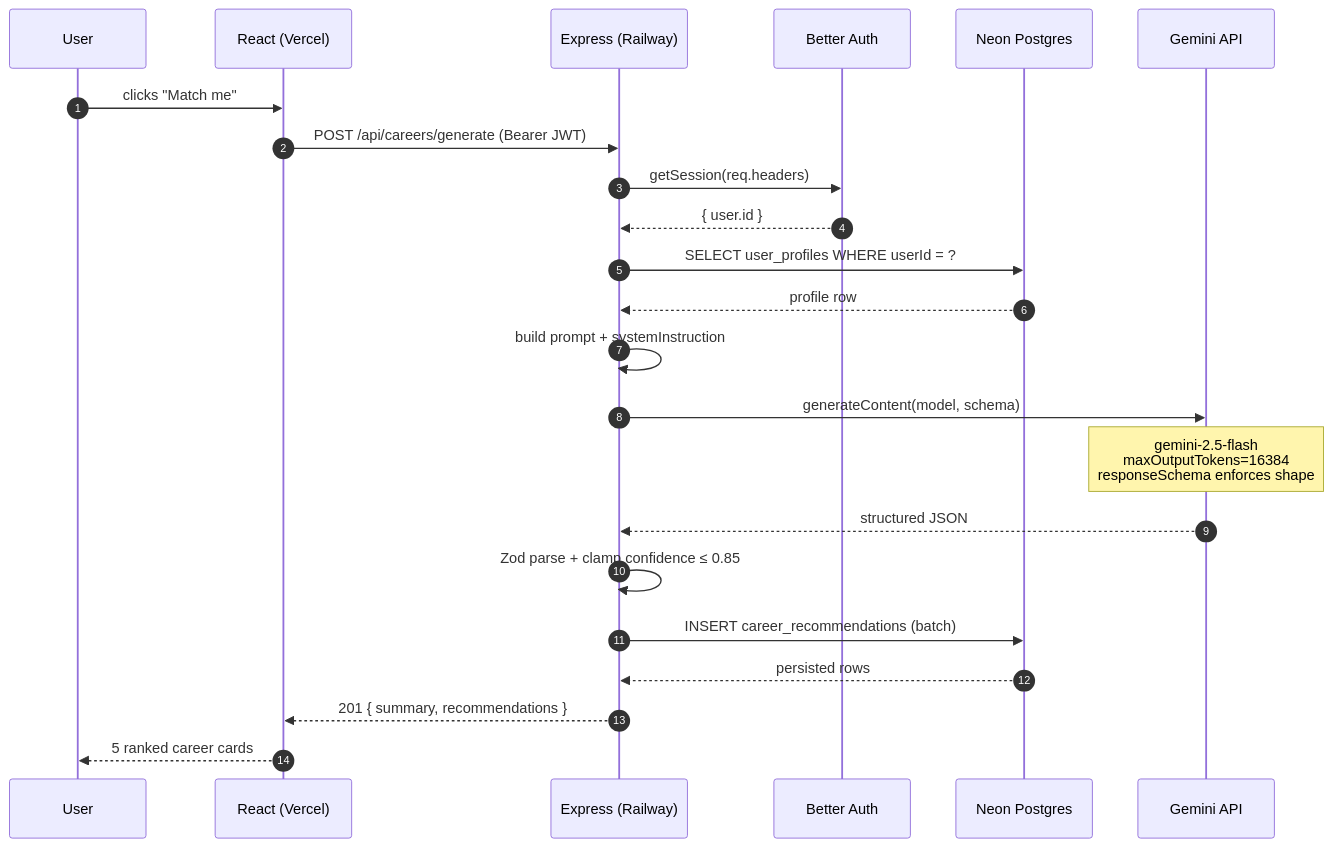
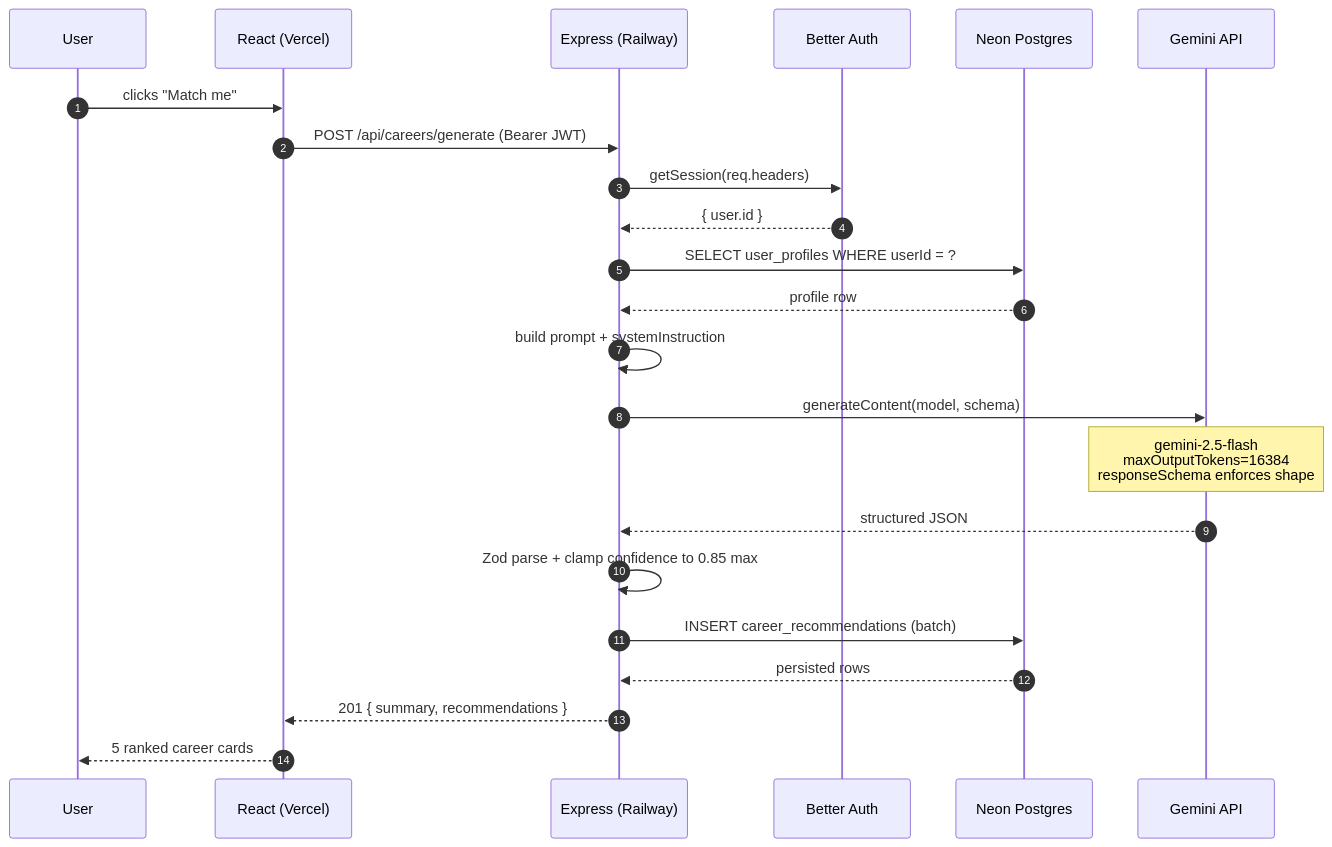
One commit to WomB0ComB0/ramhacks-26 changed the second of 4 diagrams in README.md. Above: the diagram before and after it, drawn with Mermaid. The commit also changed other lines of this file, not shown here.

First line of the commit message:
docs(readme): fix mermaid render errors

````diff
--- a/README.md
+++ b/README.md
@@ -78,26 +65,26 @@
 ```mermaid
 sequenceDiagram
     autonumber
     participant U as User
     participant FE as React (Vercel)
     participant BE as Express (Railway)
     participant AUTH as Better Auth
     participant DB as Neon Postgres
     participant G as Gemini API
 
     U->>FE: clicks "Match me"
     FE->>BE: POST /api/careers/generate (Bearer JWT)
     BE->>AUTH: getSession(req.headers)
     AUTH-->>BE: { user.id }
     BE->>DB: SELECT user_profiles WHERE userId = ?
     DB-->>BE: profile row
     BE->>BE: build prompt + systemInstruction
     BE->>G: generateContent(model, schema)
     Note over G: gemini-2.5-flash<br/>maxOutputTokens=16384<br/>responseSchema enforces shape
     G-->>BE: structured JSON
-    BE->>BE: Zod parse + clamp confidence ≤ 0.85
+    BE->>BE: Zod parse + clamp confidence to 0.85 max
     BE->>DB: INSERT career_recommendations (batch)
     DB-->>BE: persisted rows
     BE-->>FE: 201 { summary, recommendations }
     FE-->>U: 5 ranked career cards
 ```
````
